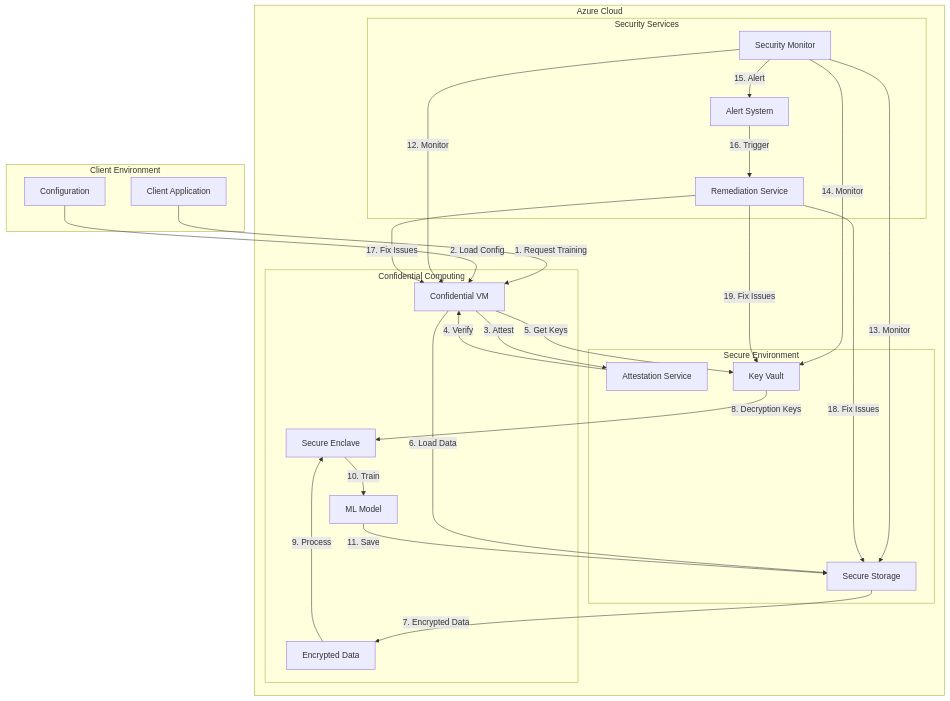
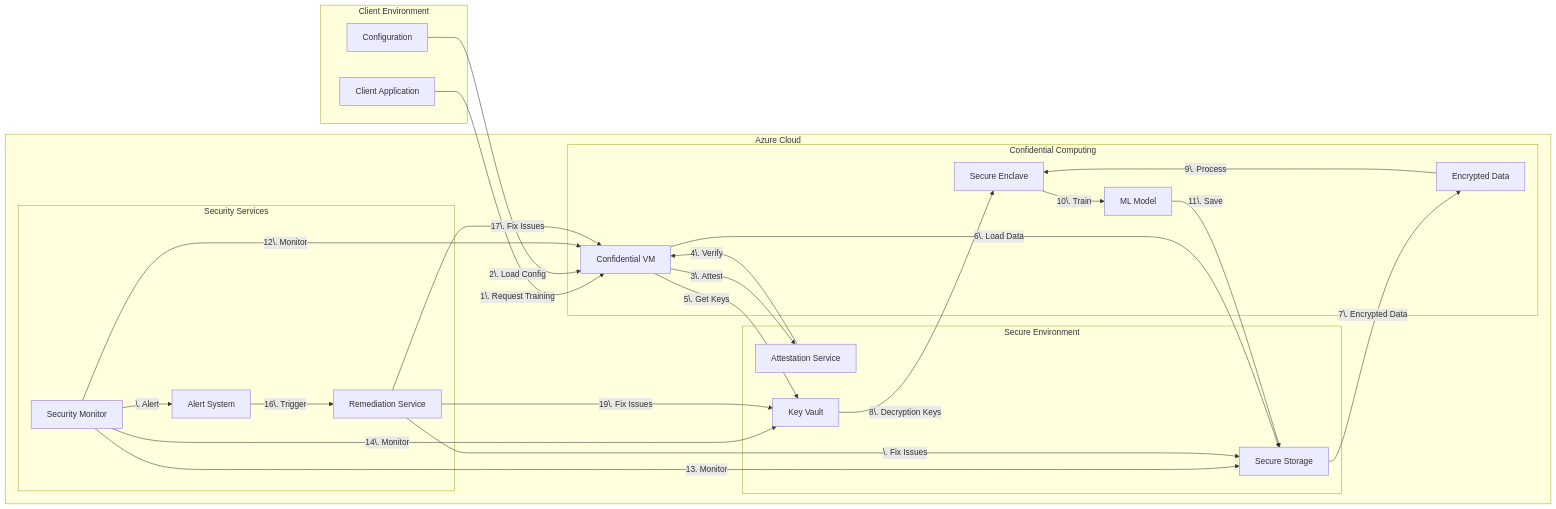
The diagram in docs/diagrams/architecture.mmd (gitmujoshi/confidentialcomputingplatform), drawn with Mermaid before and after one commit. The commit also changed 1 other file, not shown here.

Commit message:
updated diagrams

```diff
--- a/docs/diagrams/architecture.mmd
+++ b/docs/diagrams/architecture.mmd
@@ -1,46 +1,46 @@
-graph TB
+graph LR
     subgraph "Client Environment"
         Client[Client Application]
         Config[Configuration]
     end
 
     subgraph "Azure Cloud"
         subgraph "Secure Environment"
             Attest[Attestation Service]
             KeyVault[Key Vault]
             Storage[Secure Storage]
         end
 
         subgraph "Confidential Computing"
             VM[Confidential VM]
             Enclave[Secure Enclave]
             Model[ML Model]
             Data[Encrypted Data]
         end
 
         subgraph "Security Services"
             Monitor[Security Monitor]
             Alert[Alert System]
             Remediate[Remediation Service]
         end
     end
 
-    Client -->|1. Request Training| VM
-    Config -->|2. Load Config| VM
-    VM -->|3. Attest| Attest
-    Attest -->|4. Verify| VM
-    VM -->|5. Get Keys| KeyVault
-    VM -->|6. Load Data| Storage
-    Storage -->|7. Encrypted Data| Data
-    KeyVault -->|8. Decryption Keys| Enclave
-    Data -->|9. Process| Enclave
-    Enclave -->|10. Train| Model
-    Model -->|11. Save| Storage
-    Monitor -->|12. Monitor| VM
+    Client -->|1\. Request Training| VM
+    Config -->|2\. Load Config| VM
+    VM -->|3\. Attest| Attest
+    Attest -->|4\. Verify| VM
+    VM -->|5\. Get Keys| KeyVault
+    VM -->|6\. Load Data| Storage
+    Storage -->|7\. Encrypted Data| Data
+    KeyVault -->|8\. Decryption Keys| Enclave
+    Data -->|9\. Process| Enclave
+    Enclave -->|10\. Train| Model
+    Model -->|11\. Save| Storage
+    Monitor -->|12\. Monitor| VM
     Monitor -->|13. Monitor| Storage
-    Monitor -->|14. Monitor| KeyVault
-    Monitor -->|15. Alert| Alert
-    Alert -->|16. Trigger| Remediate
-    Remediate -->|17. Fix Issues| VM
-    Remediate -->|18. Fix Issues| Storage
-    Remediate -->|19. Fix Issues| KeyVault 
+    Monitor -->|14\. Monitor| KeyVault
+    Monitor -->|\. Alert| Alert
+    Alert -->|16\. Trigger| Remediate
+    Remediate -->|17\. Fix Issues| VM
+    Remediate -->|\. Fix Issues| Storage
+    Remediate -->|19\. Fix Issues| KeyVault 
```
